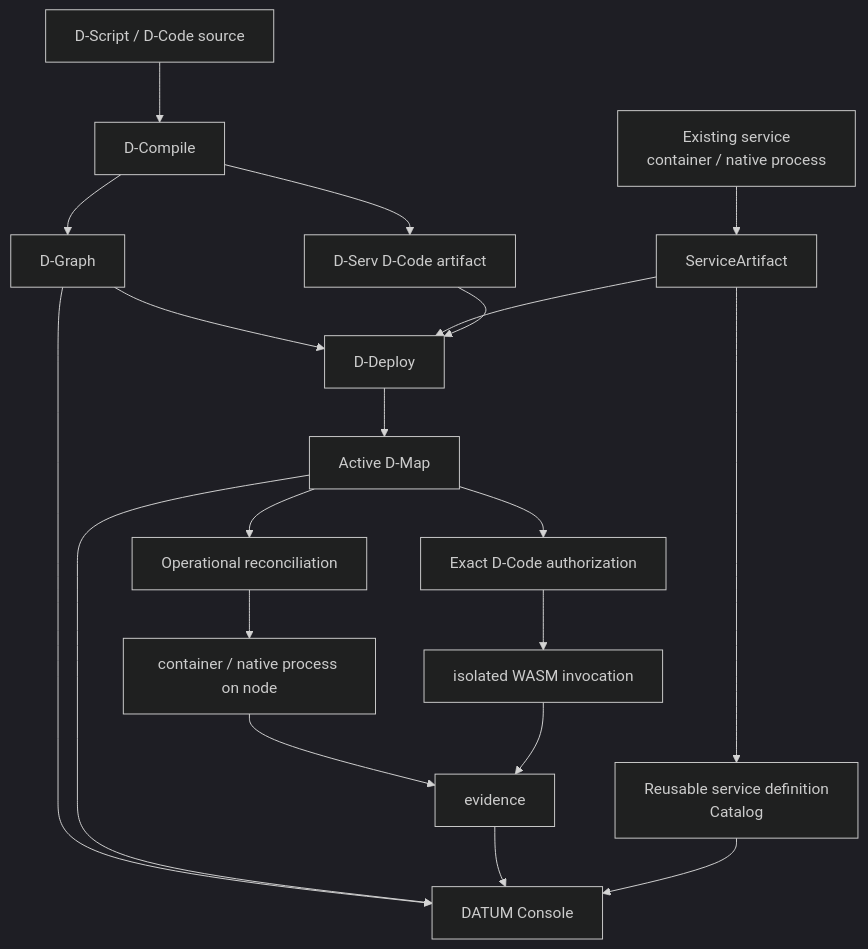
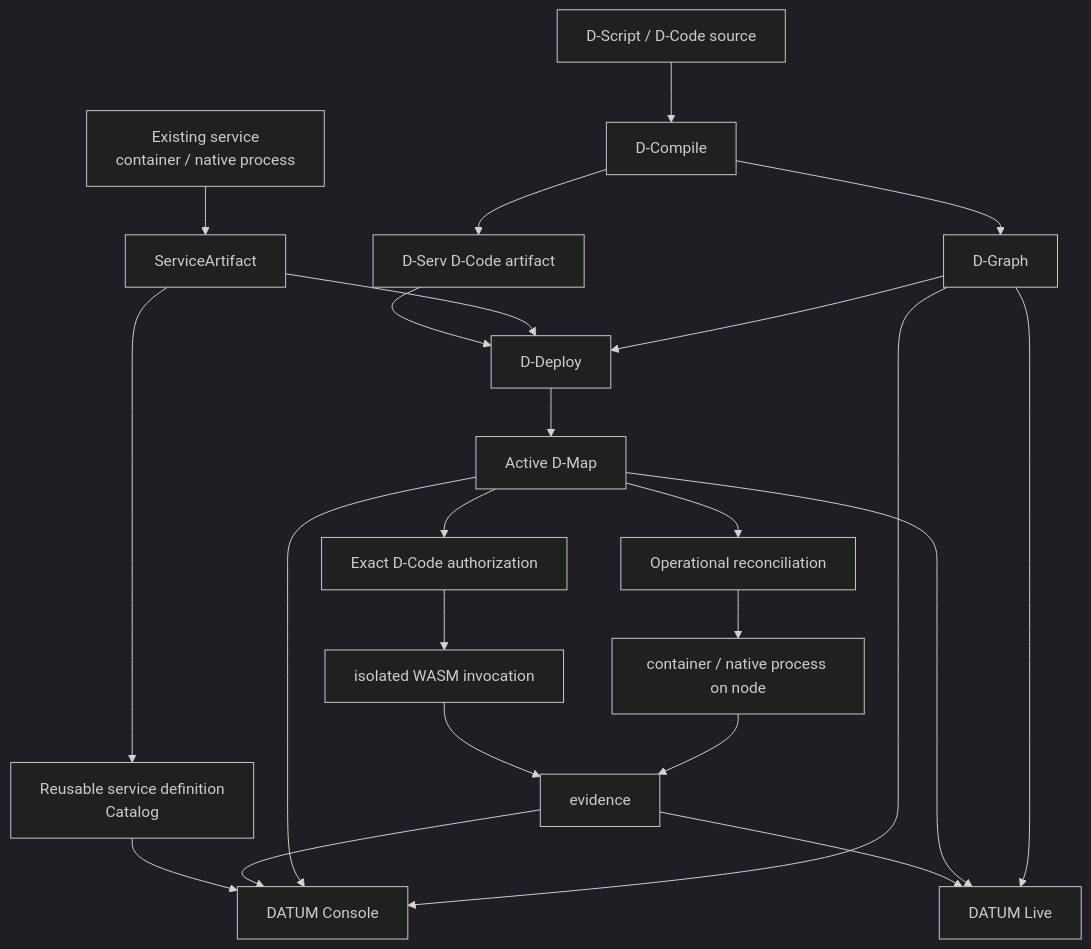
The diagram in docs/index.md (dnredson/datum-docs), drawn with Mermaid (dark theme) before and after one commit. The commit also changed other lines of this file and 16 other files, not shown here.

Commit message:
docs: document DATUM Live and current Console

````diff
--- a/docs/index.md
+++ b/docs/index.md
@@ -12,22 +12,25 @@
 ```mermaid
 flowchart TB
     DS["D-Script / D-Code source"] --> DC["D-Compile"]
     DC --> DG["D-Graph"]
     DC --> DA["D-Serv D-Code artifact"]
     SW["Existing service\ncontainer / native process"] --> SA["ServiceArtifact"]
     SA --> CAT["Reusable service definition\nCatalog"]
     DG --> DD["D-Deploy"]
     SA --> DD
     DA --> DD
     DD --> DM["Active D-Map"]
     DM --> OP["Operational reconciliation"]
     DM --> CODE["Exact D-Code authorization"]
     OP --> NODE["container / native process on node"]
     CODE --> NODE2["isolated WASM invocation"]
     NODE --> EV["evidence"]
     NODE2 --> EV
     DG --> UI["DATUM Console"]
     DM --> UI
     EV --> UI
     CAT --> UI
+    DG --> LIVE["DATUM Live"]
+    DM --> LIVE
+    EV --> LIVE
 ```
````
